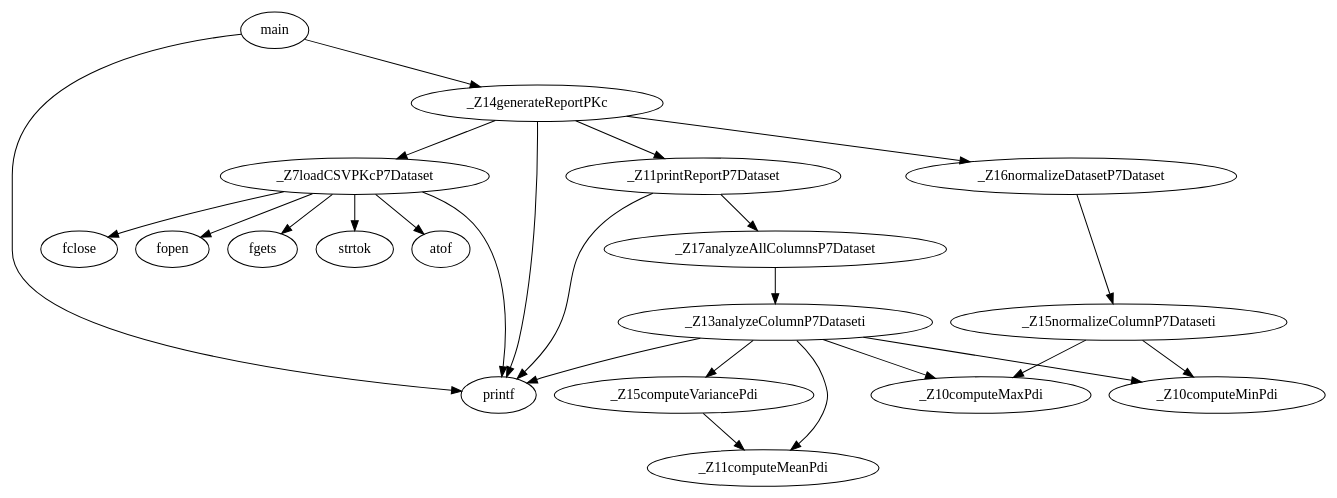
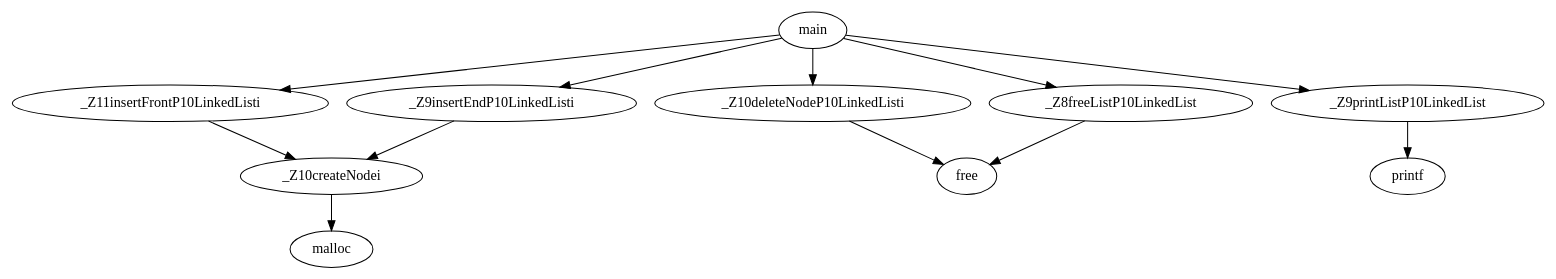
Before and after one commit to EmonRezaBD/commitFuzz: the diagram in graph.dot, drawn with Graphviz. The commit also changed 17 other files, not shown here.

```diff
--- a/graph.dot
+++ b/graph.dot
@@ -1,26 +1,13 @@
 digraph G {
-_Z15computeVariancePdi->_Z11computeMeanPdi;
-_Z7loadCSVPKcP7Dataset->fopen;
-_Z7loadCSVPKcP7Dataset->printf;
-_Z7loadCSVPKcP7Dataset->fgets;
-_Z7loadCSVPKcP7Dataset->strtok;
-_Z7loadCSVPKcP7Dataset->atof;
-_Z7loadCSVPKcP7Dataset->fclose;
-_Z13analyzeColumnP7Dataseti->printf;
-_Z13analyzeColumnP7Dataseti->_Z10computeMinPdi;
-_Z13analyzeColumnP7Dataseti->_Z10computeMaxPdi;
-_Z13analyzeColumnP7Dataseti->_Z11computeMeanPdi;
-_Z13analyzeColumnP7Dataseti->_Z15computeVariancePdi;
-_Z17analyzeAllColumnsP7Dataset->_Z13analyzeColumnP7Dataseti;
-_Z15normalizeColumnP7Dataseti->_Z10computeMinPdi;
-_Z15normalizeColumnP7Dataseti->_Z10computeMaxPdi;
-_Z16normalizeDatasetP7Dataset->_Z15normalizeColumnP7Dataseti;
-_Z11printReportP7Dataset->printf;
-_Z11printReportP7Dataset->_Z17analyzeAllColumnsP7Dataset;
-_Z14generateReportPKc->_Z7loadCSVPKcP7Dataset;
-_Z14generateReportPKc->printf;
-_Z14generateReportPKc->_Z16normalizeDatasetP7Dataset;
-_Z14generateReportPKc->_Z11printReportP7Dataset;
-main->printf;
-main->_Z14generateReportPKc;
+_Z10createNodei->malloc;
+_Z11insertFrontP10LinkedListi->_Z10createNodei;
+_Z9insertEndP10LinkedListi->_Z10createNodei;
+_Z10deleteNodeP10LinkedListi->free;
+_Z9printListP10LinkedList->printf;
+_Z8freeListP10LinkedList->free;
+main->_Z9insertEndP10LinkedListi;
+main->_Z11insertFrontP10LinkedListi;
+main->_Z9printListP10LinkedList;
+main->_Z10deleteNodeP10LinkedListi;
+main->_Z8freeListP10LinkedList;
 }
```
